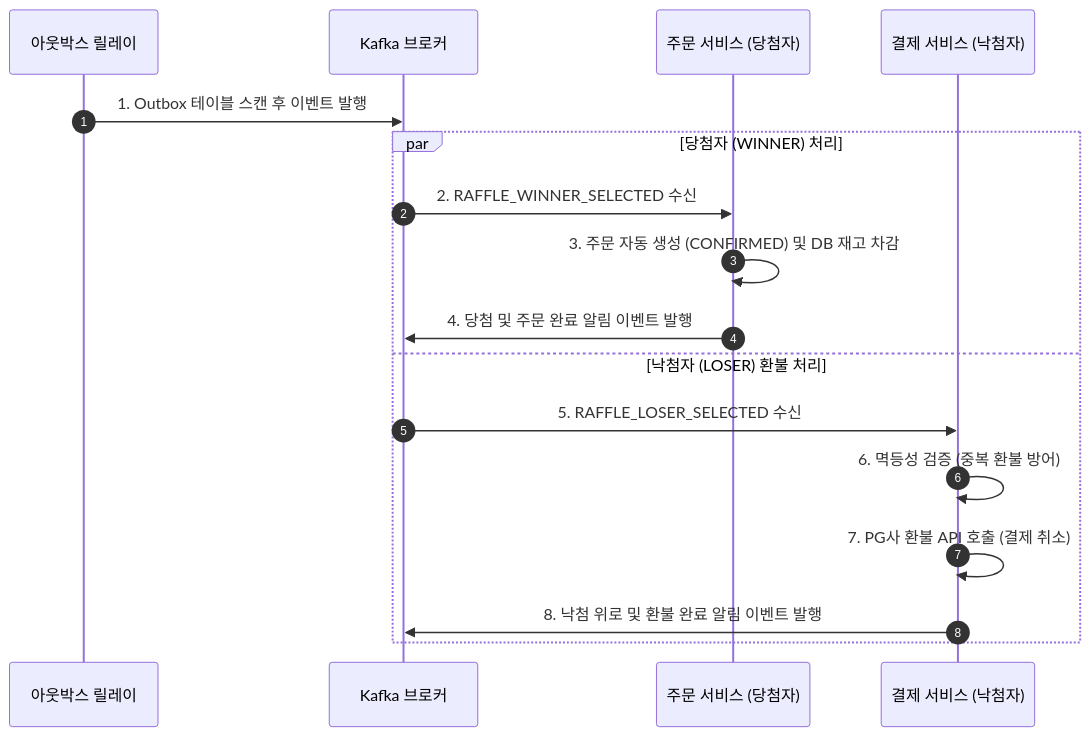
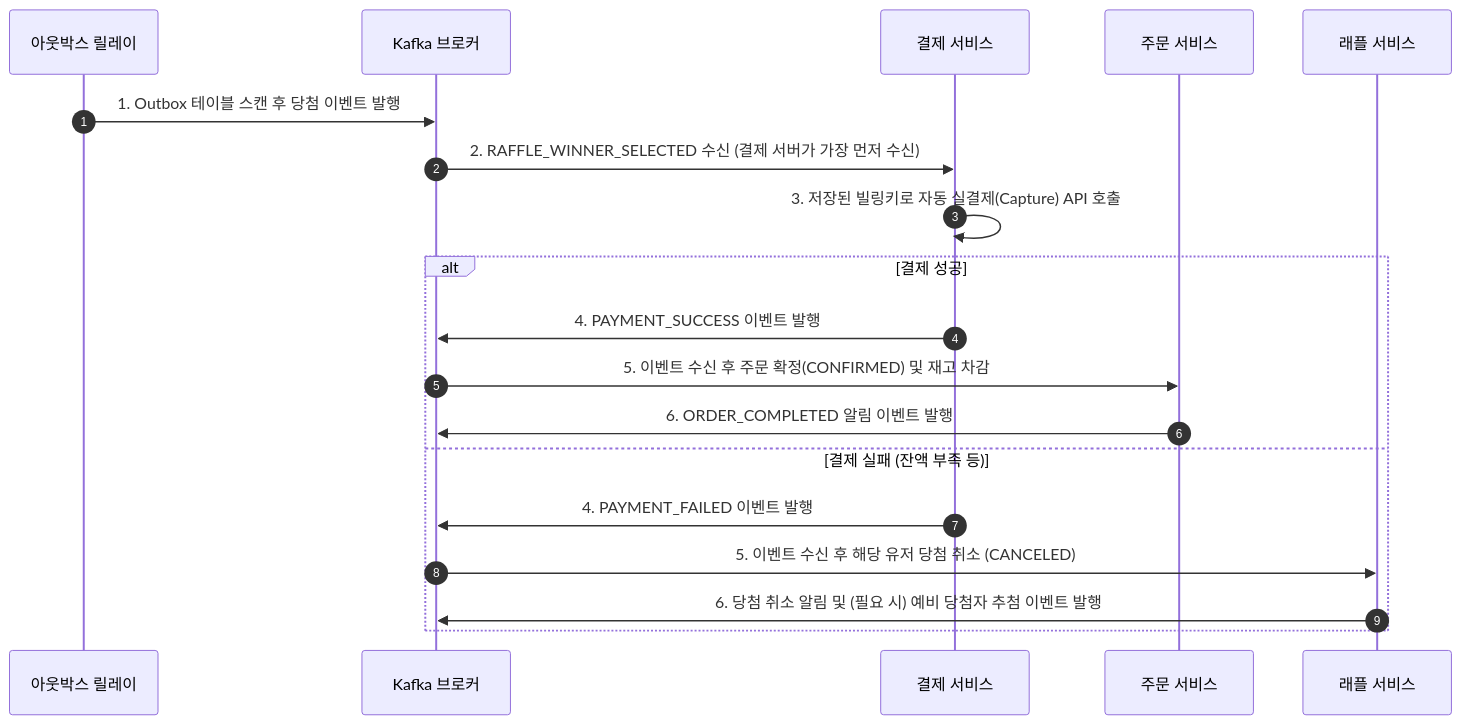
Before and after one commit to OMC-2/OMC: diagram 20 of 20 in docs/08.sequence.md, drawn with Mermaid. The commit also changed other lines of this file and 3 other files, not shown here.

````diff
--- a/docs/08.sequence.md
+++ b/docs/08.sequence.md
@@ -577,21 +578,24 @@
 ```mermaid
 sequenceDiagram
     autonumber
     participant Outbox as 아웃박스 릴레이
     participant Kafka as Kafka 브로커
-    participant Order as 주문 서비스 (당첨자)
-    participant Payment as 결제 서비스 (낙첨자)
+    participant Payment as 결제 서비스
+    participant Order as 주문 서비스
+    participant Raffle as 래플 서비스
 
-    Outbox->>Kafka: 1. Outbox 테이블 스캔 후 이벤트 발행
+    Outbox->>Kafka: 1. Outbox 테이블 스캔 후 당첨 이벤트 발행
 
-    par 당첨자 (WINNER) 처리
-        Kafka->>Order: 2. RAFFLE_WINNER_SELECTED 수신
-        Order->>Order: 3. 주문 자동 생성 (CONFIRMED) 및 DB 재고 차감
-        Order->>Kafka: 4. 당첨 및 주문 완료 알림 이벤트 발행
-    and 낙첨자 (LOSER) 환불 처리
-        Kafka->>Payment: 5. RAFFLE_LOSER_SELECTED 수신
-        Payment->>Payment: 6. 멱등성 검증 (중복 환불 방어)
-        Payment->>Payment: 7. PG사 환불 API 호출 (결제 취소)
-        Payment->>Kafka: 8. 낙첨 위로 및 환불 완료 알림 이벤트 발행
+    Kafka->>Payment: 2. RAFFLE_WINNER_SELECTED 수신 (결제 서버가 가장 먼저 수신)
+    Payment->>Payment: 3. 저장된 빌링키로 자동 실결제(Capture) API 호출
+
+    alt 결제 성공
+        Payment->>Kafka: 4. PAYMENT_SUCCESS 이벤트 발행
+        Kafka->>Order: 5. 이벤트 수신 후 주문 확정(CONFIRMED) 및 재고 차감
+        Order->>Kafka: 6. ORDER_COMPLETED 알림 이벤트 발행
+    else 결제 실패 (잔액 부족 등)
+        Payment->>Kafka: 4. PAYMENT_FAILED 이벤트 발행
+        Kafka->>Raffle: 5. 이벤트 수신 후 해당 유저 당첨 취소 (CANCELED)
+        Raffle->>Kafka: 6. 당첨 취소 알림 및 (필요 시) 예비 당첨자 추첨 이벤트 발행
     end
 ```
````
